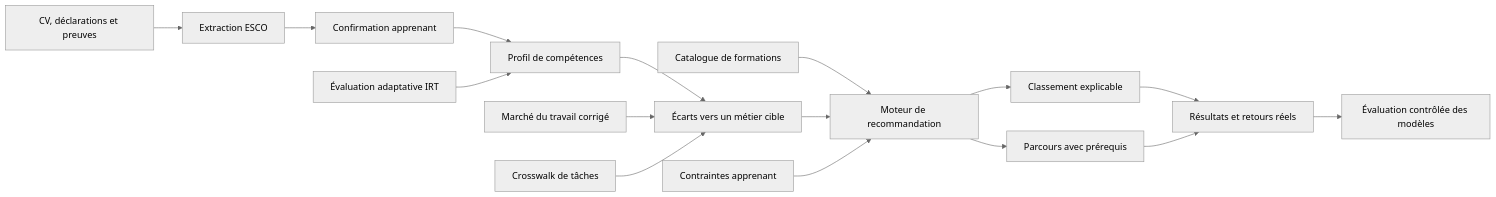
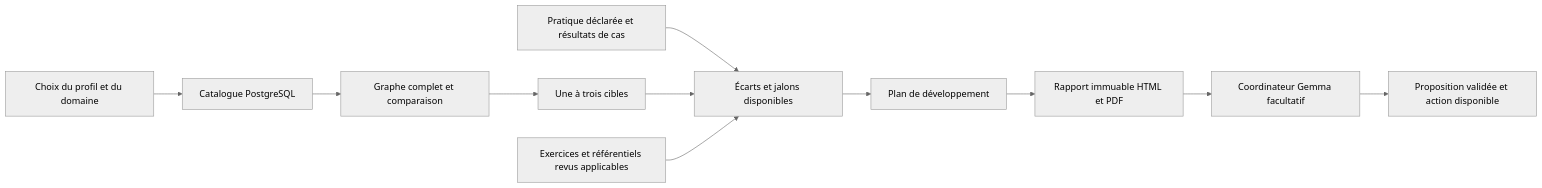
Before and after one commit to AbderrahmaneSamali/Praxis-Compass: the diagram in README.md, drawn with Mermaid (neutral theme). The commit also changed other lines of this file and 2 other files, not shown here.

````diff
--- a/README.md
+++ b/README.md
@@ -26,18 +52,13 @@
 ```mermaid
 flowchart LR
-    A[CV, déclarations et preuves] --> B[Extraction ESCO]
-    B --> C[Confirmation apprenant]
-    C --> D[Profil de compétences]
-    E[Évaluation adaptative IRT] --> D
-    D --> F[Écarts vers un métier cible]
-    G[Catalogue de formations] --> H[Moteur de recommandation]
-    F --> H
-    I[Contraintes apprenant] --> H
-    H --> J[Classement explicable]
-    H --> K[Parcours avec prérequis]
-    J --> L[Résultats et retours réels]
-    K --> L
-    L --> M[Évaluation contrôlée des modèles]
-    N[Marché du travail corrigé] --> F
-    O[Crosswalk de tâches] --> F
+    A[Choix du profil et du domaine] --> B[Catalogue PostgreSQL]
+    B --> C[Graphe complet et comparaison]
+    C --> D[Une à trois cibles]
+    E[Pratique déclarée et résultats de cas] --> F[Écarts et jalons disponibles]
+    D --> F
+    G[Exercices et référentiels revus applicables] --> F
+    F --> H[Plan de développement]
+    H --> I[Rapport immuable HTML et PDF]
+    I --> J[Coordinateur Gemma facultatif]
+    J --> K[Proposition validée et action disponible]
 ```
````
